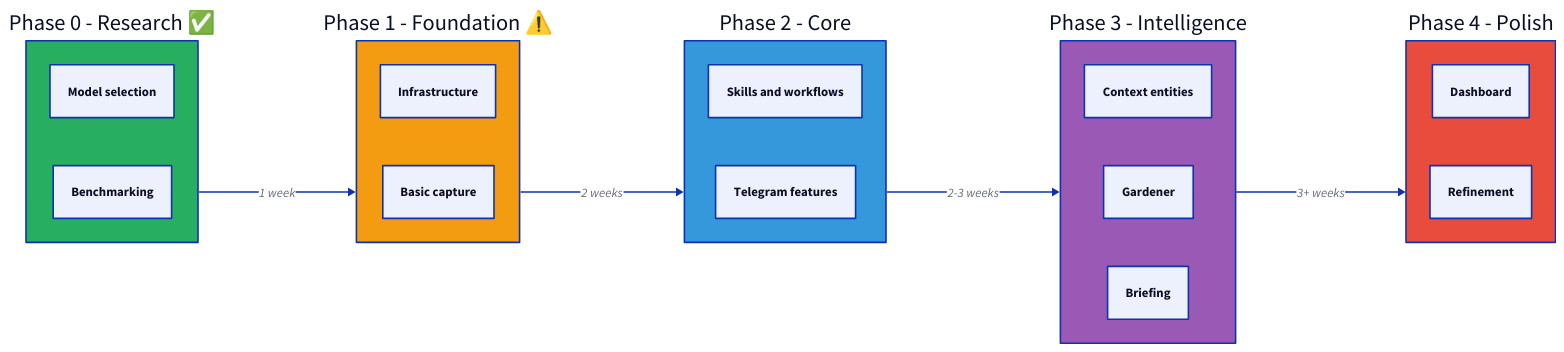
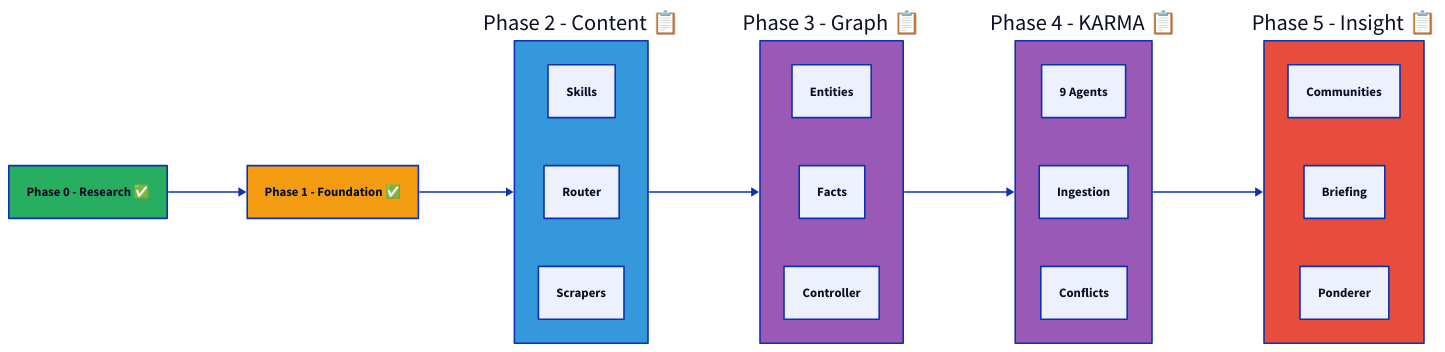
Before and after one commit to brucemckayone/knowledge-memory-system: the first of 6 diagrams in TECHNICAL_PLAN.md, drawn with D2. The commit also changed other lines of this file and 1 other file, not shown here.

````diff
--- a/TECHNICAL_PLAN.md
+++ b/TECHNICAL_PLAN.md
@@ -25,40 +27,35 @@
 ```d2
 direction: right
 
-Phase0: Phase 0 - Research ✅ {
-  Model selection
-  Benchmarking
+P0: Phase 0 - Research ✅
+P1: Phase 1 - Foundation ✅
+P2: Phase 2 - Content 📋 {
+  Skills
+  Router
+  Scrapers
+}
+P3: Phase 3 - Graph 📋 {
+  Entities
+  Facts
+  Controller
+}
+P4: Phase 4 - KARMA 📋 {
+  9 Agents
+  Ingestion
+  Conflicts
+}
+P5: Phase 5 - Insight 📋 {
+  Communities
+  Briefing
+  Ponderer
 }
 
-Phase1: Phase 1 - Foundation ⚠️ {
-  Infrastructure
-  Basic capture
-}
+P0 -> P1 -> P2 -> P3 -> P4 -> P5
 
-Phase2: Phase 2 - Core {
-  Skills and workflows
-  Telegram features
-}
-
-Phase3: Phase 3 - Intelligence {
-  Context entities
-  Gardener
-  Briefing
-}
-
-Phase4: Phase 4 - Polish {
-  Dashboard
-  Refinement
-}
-
-Phase0 -> Phase1: 1 week
-Phase1 -> Phase2: 2 weeks
-Phase2 -> Phase3: 2-3 weeks
-Phase3 -> Phase4: 3+ weeks
-
-Phase0.style.fill: "#27AE60"
-Phase1.style.fill: "#F39C12"
-Phase2.style.fill: "#3498DB"
-Phase3.style.fill: "#9B59B6"
-Phase4.style.fill: "#E74C3C"
+P0.style.fill: "#27AE60"
+P1.style.fill: "#F39C12"
+P2.style.fill: "#3498DB"
+P3.style.fill: "#9B59B6"
+P4.style.fill: "#9B59B6"
+P5.style.fill: "#E74C3C"
 ```
````
